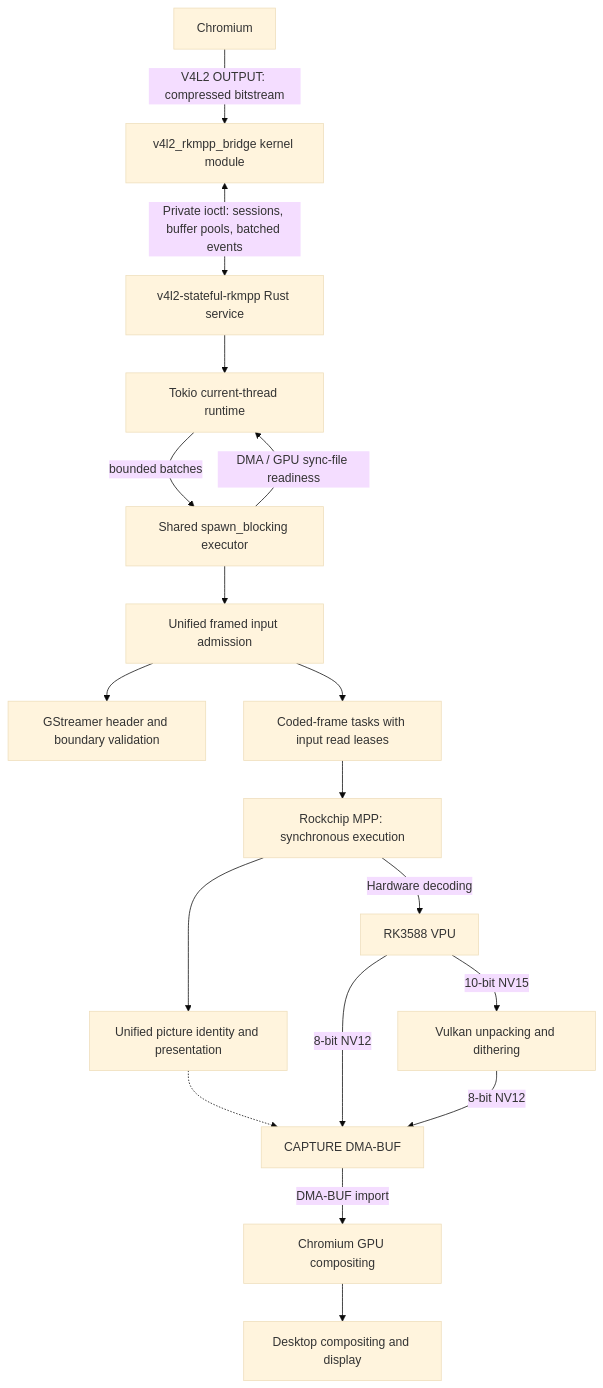
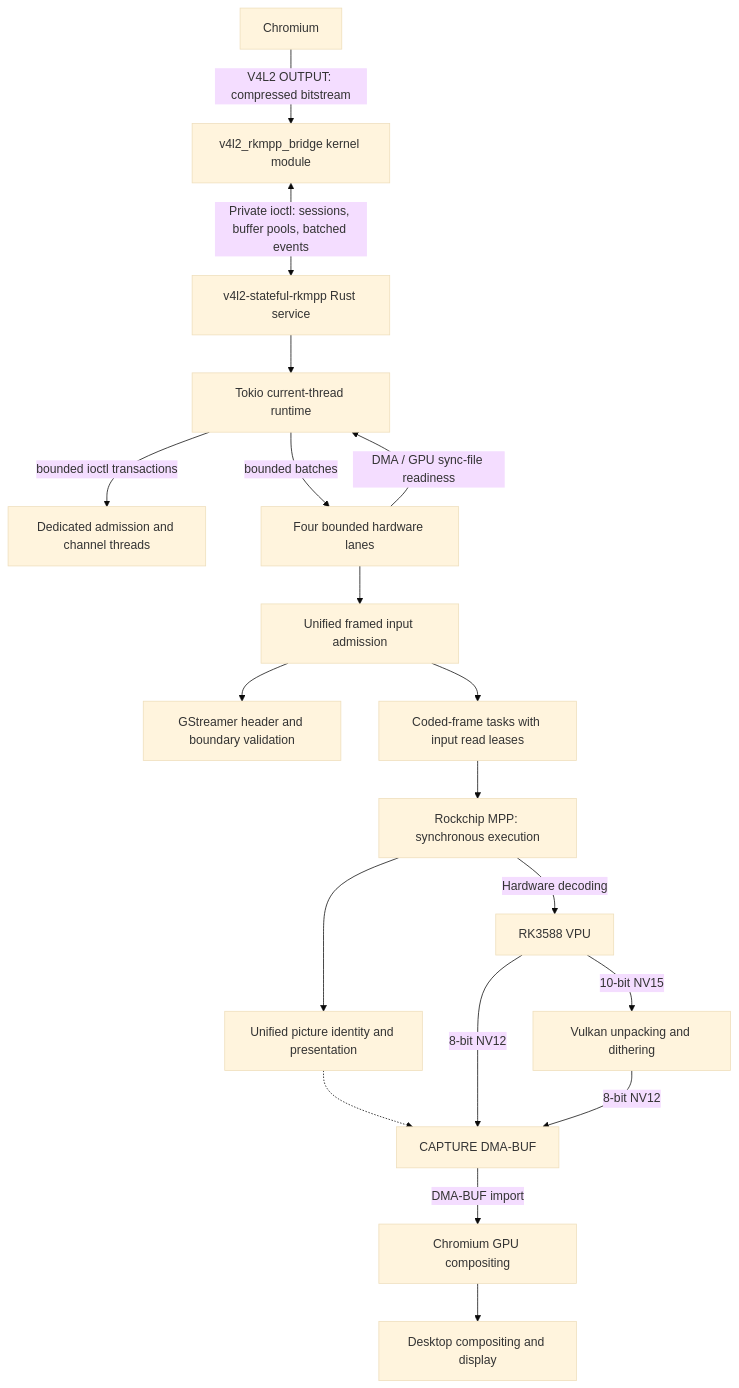
Before and after one commit to abadcafe/v4l2-stateful-rkmpp: the diagram in README.en.md, drawn with Mermaid (base theme). The commit also changed other lines of this file and 359 other files, not shown here.

````diff
--- a/README.en.md
+++ b/README.en.md
@@ -13,20 +13,21 @@
 ```mermaid
 flowchart TD
     Chromium[Chromium] -->|V4L2 OUTPUT: compressed bitstream| Kernel[v4l2_rkmpp_bridge kernel module]
     Kernel <-->|Private ioctl: sessions, buffer pools, batched events| Service[v4l2-stateful-rkmpp Rust service]
     Service --> Async[Tokio current-thread runtime]
-    Async -->|bounded batches| Hardware[Shared spawn_blocking executor]
+    Async -->|bounded ioctl transactions| Transport[Dedicated admission and channel threads]
+    Async -->|bounded batches| Hardware[Four bounded hardware lanes]
     Hardware -->|DMA / GPU sync-file readiness| Async
     Hardware --> Frontend[Unified framed input admission]
     Frontend --> Headers[GStreamer header and boundary validation]
     Frontend --> Tasks[Coded-frame tasks with input read leases]
     Tasks --> MPP[Rockchip MPP: synchronous execution]
     MPP --> Presentation[Unified picture identity and presentation]
     MPP -->|Hardware decoding| VPU[RK3588 VPU]
     Presentation -.-> Capture
     VPU -->|8-bit NV12| Capture[CAPTURE DMA-BUF]
     VPU -->|10-bit NV15| Vulkan[Vulkan unpacking and dithering]
     Vulkan -->|8-bit NV12| Capture
     Capture -->|DMA-BUF import| GPU[Chromium GPU compositing]
     GPU --> Display[Desktop compositing and display]
 ```
````
